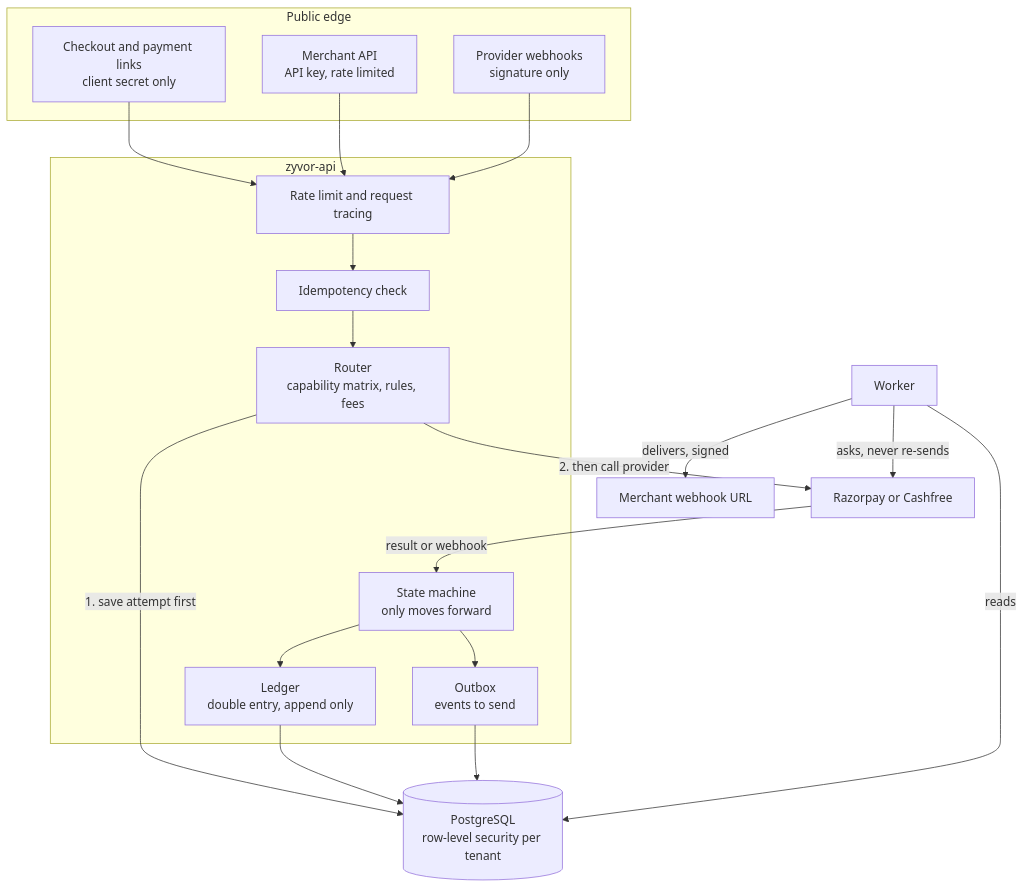
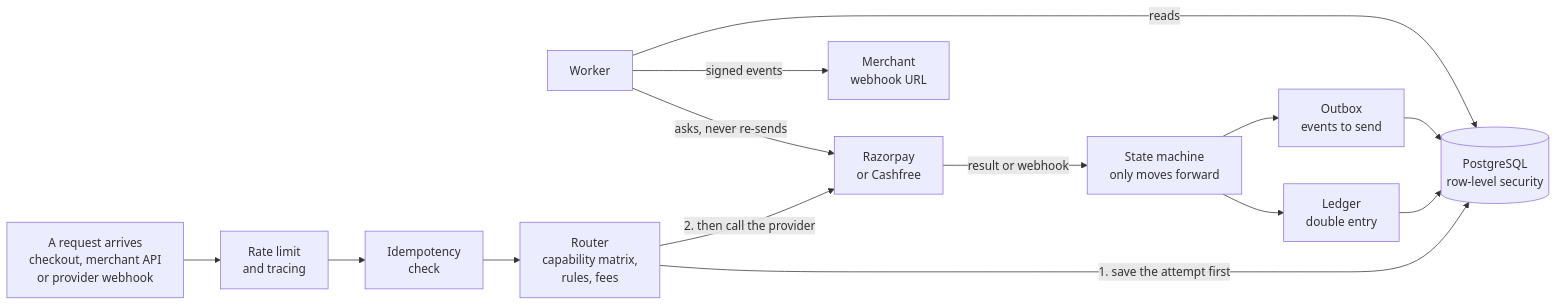
Before and after one commit to zyvorai/vayora: the third of 6 diagrams in docs/zyvor/HOW_IT_WORKS.md, drawn with Mermaid.

Commit message:
HOW_IT_WORKS: simplify the server diagram to a left-to-right pipeline

````diff
--- a/docs/zyvor/HOW_IT_WORKS.md
+++ b/docs/zyvor/HOW_IT_WORKS.md
@@ -63,36 +63,16 @@
 ```mermaid
-flowchart TB
-  subgraph Edge[Public edge]
-    CK[Checkout and payment links<br/>client secret only]
-    KEYS[Merchant API<br/>API key, rate limited]
-    HK[Provider webhooks<br/>signature only]
-  end
-
-  subgraph API[zyvor-api]
-    MW[Rate limit and request tracing]
-    ID[Idempotency check]
-    RT[Router<br/>capability matrix, rules, fees]
-    SM[State machine<br/>only moves forward]
-    LG[Ledger<br/>double entry, append only]
-    OB[Outbox<br/>events to send]
-  end
-
-  DB[(PostgreSQL<br/>row-level security per tenant)]
-  PROV[Razorpay or Cashfree]
-  MERCH[Merchant webhook URL]
-
-  CK --> MW
-  KEYS --> MW
-  HK --> MW
-  MW --> ID --> RT
-  RT -- 1. save attempt first --> DB
-  RT -- 2. then call provider --> PROV
-  PROV -- result or webhook --> SM
-  SM --> LG
-  SM --> OB
+flowchart LR
+  IN["A request arrives<br/>checkout, merchant API<br/>or provider webhook"] --> MW["Rate limit<br/>and tracing"]
+  MW --> ID["Idempotency<br/>check"]
+  ID --> RT["Router<br/>capability matrix,<br/>rules, fees"]
+  RT -- "1. save the attempt first" --> DB[("PostgreSQL<br/>row-level security")]
+  RT -- "2. then call the provider" --> PROV["Razorpay<br/>or Cashfree"]
+  PROV -- "result or webhook" --> SM["State machine<br/>only moves forward"]
+  SM --> LG["Ledger<br/>double entry"]
+  SM --> OB["Outbox<br/>events to send"]
   LG --> DB
   OB --> DB
-  W[Worker] -- reads --> DB
-  W -- delivers, signed --> MERCH
-  W -- asks, never re-sends --> PROV
+  W["Worker"] -- "reads" --> DB
+  W -- "signed events" --> MERCH["Merchant<br/>webhook URL"]
+  W -- "asks, never re-sends" --> PROV
 ```
````
